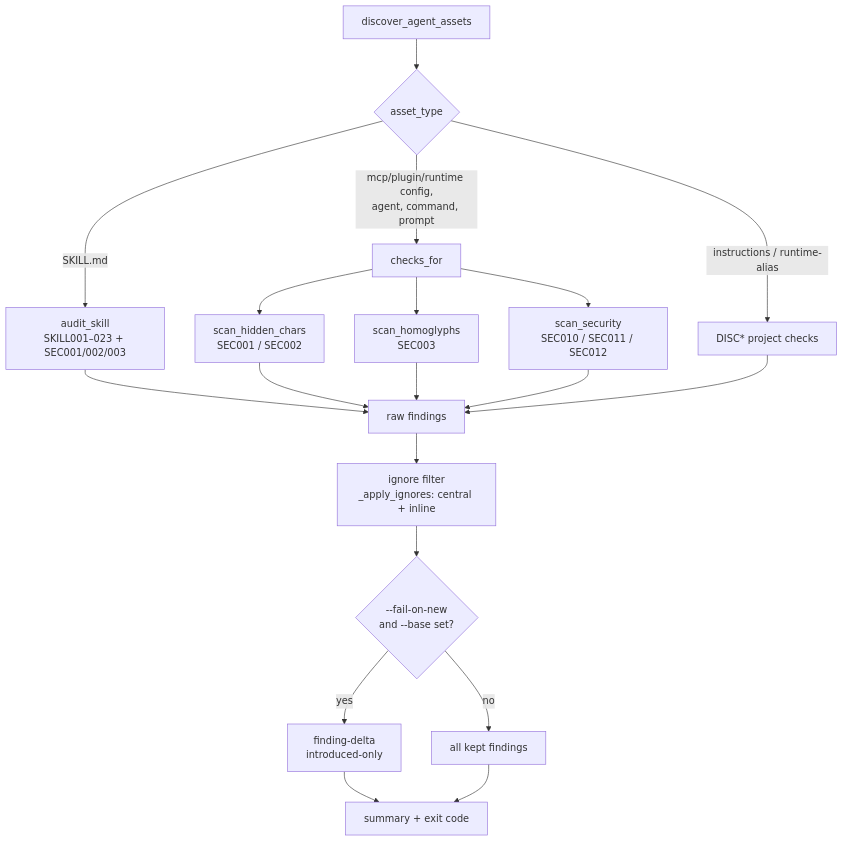
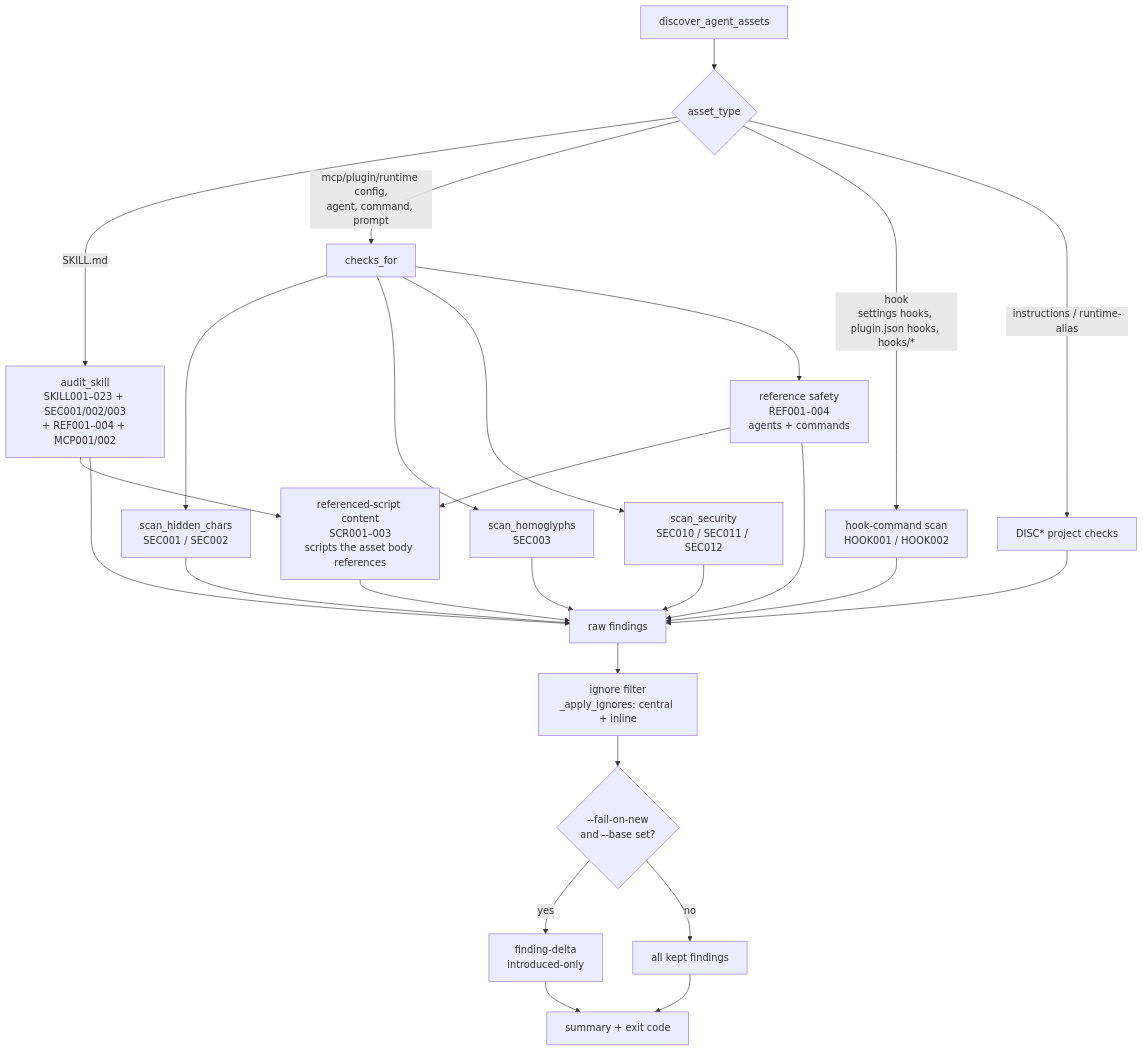
The first of 2 diagrams in docs/agent-governance-engine.md (artemrudenko/skill-governance-toolkit), drawn with Mermaid before and after one commit. The commit also changed other lines of this file and 20 other files, not shown here.

````diff
--- a/docs/agent-governance-engine.md
+++ b/docs/agent-governance-engine.md
@@ -103,21 +104,28 @@
 ```mermaid
 flowchart TD
     A[discover_agent_assets] --> B{asset_type}
-    B -->|SKILL.md| C[audit_skill<br/>SKILL001–023 + SEC001/002/003]
+    B -->|SKILL.md| C[audit_skill<br/>SKILL001–023 + SEC001/002/003<br/>+ REF001–004 + MCP001/002]
     B -->|mcp/plugin/runtime config,<br/>agent, command, prompt| D[checks_for]
+    B -->|hook<br/>settings hooks, plugin.json hooks, hooks/*| DH[hook-command scan<br/>HOOK001 / HOOK002]
     B -->|instructions / runtime-alias| E[DISC* project checks]
     D --> D1[scan_hidden_chars<br/>SEC001 / SEC002]
     D --> D2[scan_homoglyphs<br/>SEC003]
     D --> D3[scan_security<br/>SEC010 / SEC011 / SEC012]
+    D --> D4[reference safety<br/>REF001–004<br/>agents + commands]
+    C --> SCR[referenced-script content<br/>SCR001–003<br/>scripts the asset body references]
+    D4 --> SCR
     C --> F[raw findings]
     D1 --> F
     D2 --> F
     D3 --> F
+    D4 --> F
+    DH --> F
+    SCR --> F
     E --> F
     F --> G[ignore filter<br/>_apply_ignores: central + inline]
     G --> H{--fail-on-new<br/>and --base set?}
     H -->|yes| I[finding-delta<br/>introduced-only]
     H -->|no| J[all kept findings]
     I --> K[summary + exit code]
     J --> K[summary + exit code]
 ```
````
